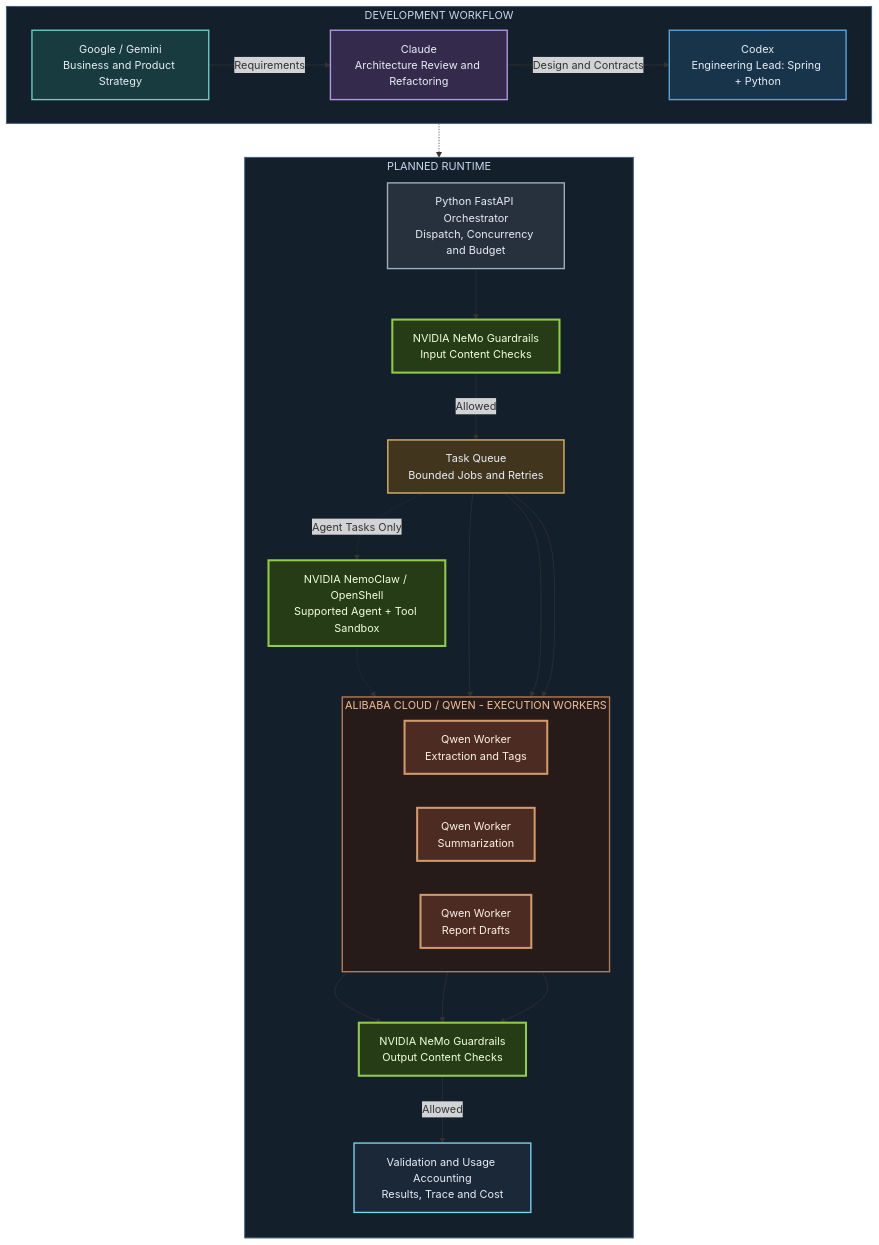
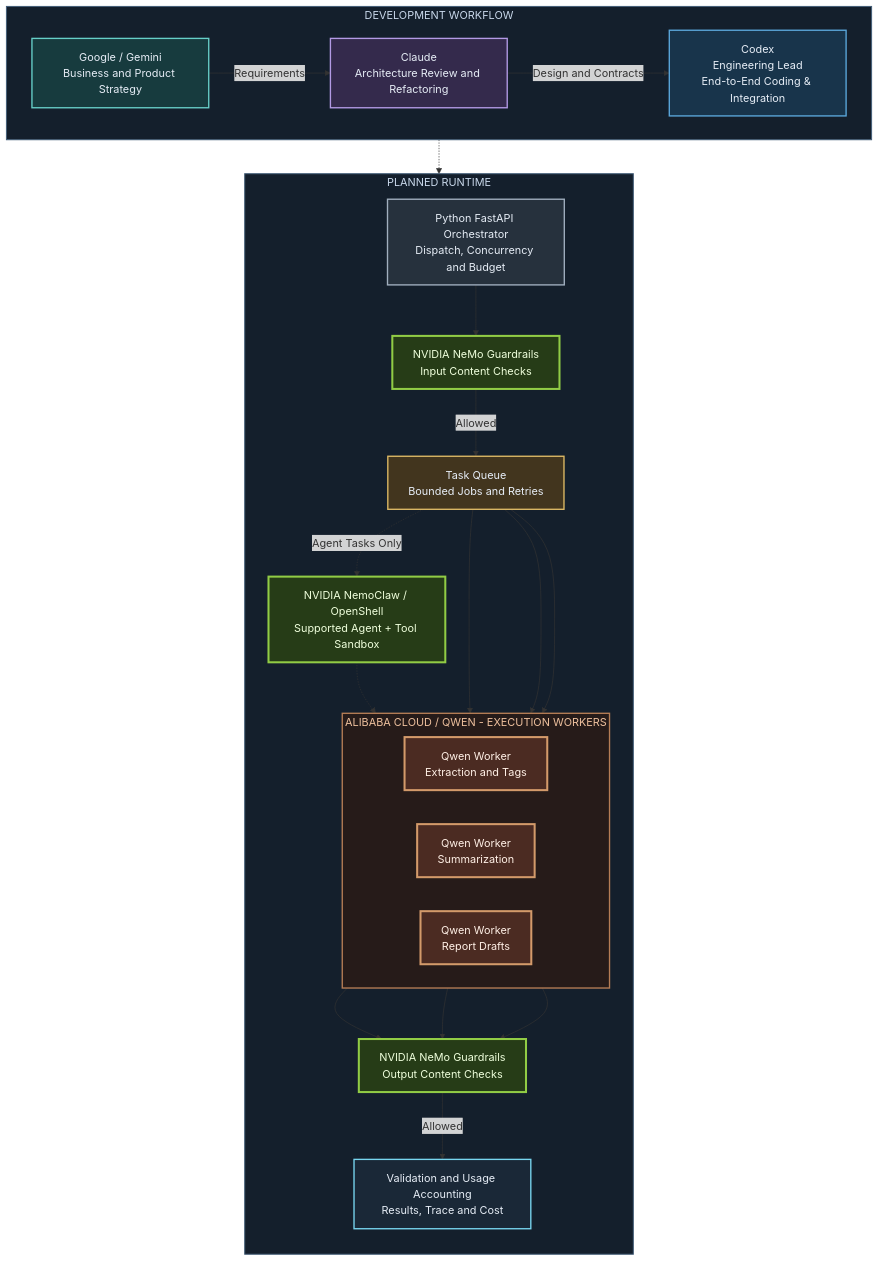
The diagram in assets/diagrams/orchestration-architecture-dark.mmd (ai-agent-orchestrator/ai-multi-agent-orchestration), drawn with Mermaid before and after one commit. The commit also changed 2 other files, not shown here.

Commit message:
docs: broaden Codex role to end-to-end coding and integration

```diff
--- a/assets/diagrams/orchestration-architecture-dark.mmd
+++ b/assets/diagrams/orchestration-architecture-dark.mmd
@@ -1,57 +1,57 @@
 flowchart TB
     subgraph Development["DEVELOPMENT WORKFLOW"]
         direction LR
         Google["Google / Gemini<br/>Business and Product Strategy"]
         Claude["Claude<br/>Architecture Review and Refactoring"]
-        Codex["Codex<br/>Engineering Lead: Spring + Python"]
+        Codex["Codex<br/>Engineering Lead<br/>End-to-End Coding & Integration"]
         Google -->|"Requirements"| Claude
         Claude -->|"Design and Contracts"| Codex
     end
 
     Codex -.-> Python
 
     subgraph Runtime["PLANNED RUNTIME"]
         direction TB
         Python["Python FastAPI Orchestrator<br/>Dispatch, Concurrency and Budget"]
         InputRails["NVIDIA NeMo Guardrails<br/>Input Content Checks"]
         Queue["Task Queue<br/>Bounded Jobs and Retries"]
         Sandbox["NVIDIA NemoClaw / OpenShell<br/>Supported Agent + Tool Sandbox"]
         subgraph Workers["ALIBABA CLOUD / QWEN - EXECUTION WORKERS"]
             direction LR
             W1["Qwen Worker<br/>Extraction and Tags"]
             W2["Qwen Worker<br/>Summarization"]
             W3["Qwen Worker<br/>Report Drafts"]
         end
         Validate["Validation and Usage Accounting<br/>Results, Trace and Cost"]
         OutputRails["NVIDIA NeMo Guardrails<br/>Output Content Checks"]
         Python --> InputRails -->|"Allowed"| Queue
         Queue -.->|"Agent Tasks Only"| Sandbox
         Sandbox -.-> W2
         Queue --> W1
         Queue --> W2
         Queue --> W3
         W1 --> OutputRails
         W2 --> OutputRails
         W3 --> OutputRails
         OutputRails -->|"Allowed"| Validate
     end
 
     classDef strategy fill:#173b3e,stroke:#66cfc8,stroke-width:2px,color:#e6edf6
     classDef architecture fill:#342a4c,stroke:#b39ae5,stroke-width:2px,color:#e6edf6
     classDef engineering fill:#18344b,stroke:#5ba7db,stroke-width:2px,color:#e6edf6
     classDef python fill:#26313d,stroke:#a1afbf,stroke-width:2px,color:#e6edf6
     classDef nvidia fill:#263c17,stroke:#91cc45,stroke-width:3px,color:#efffdc
     classDef worker fill:#4b2b22,stroke:#d39a6a,stroke-width:3px,color:#fff0e6
     classDef control fill:#42351e,stroke:#ddb965,stroke-width:2px,color:#e6edf6
     classDef result fill:#1a2837,stroke:#78d5ef,stroke-width:2px,color:#e6edf6
     class Google strategy
     class Claude architecture
     class Codex engineering
     class Python python
     class InputRails,OutputRails,Sandbox nvidia
     class Queue control
     class W1,W2,W3 worker
     class Validate result
     style Development fill:#141f2c,stroke:#455f79,stroke-width:1.5px,color:#c9d8eb
     style Runtime fill:#141f2c,stroke:#455f79,stroke-width:1.5px,color:#c9d8eb
     style Workers fill:#261b19,stroke:#b57d55,stroke-width:2px,color:#efc19e
```
